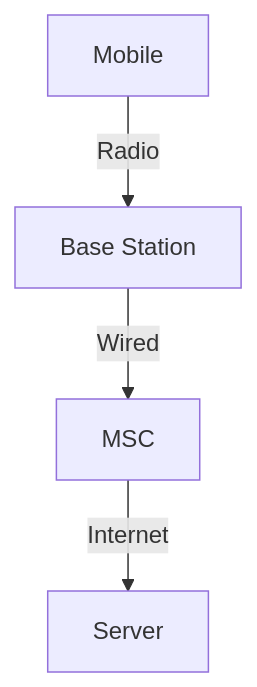
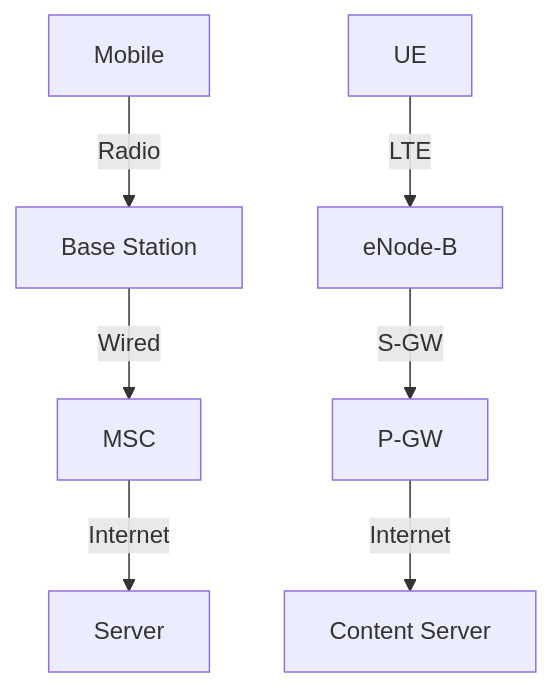
Before and after one commit to Attash2312/cntheory: the first of 2 diagrams in ch7/7.4_Cellular_Internet_Access.md, drawn with Mermaid. The commit also changed other lines of this file and 79 other files, not shown here.

````diff
--- a/ch7/7.4_Cellular_Internet_Access.md
+++ b/ch7/7.4_Cellular_Internet_Access.md
@@ -17,6 +284,9 @@
 ```mermaid
 graph TD
   A[Mobile] -- Radio --> B[Base Station]
   B -- Wired --> C[MSC]
   C -- Internet --> D[Server]
+  E[UE] -- LTE --> F[eNode-B]
+  F -- S-GW --> G[P-GW]
+  G -- Internet --> H[Content Server]
 ```
````
